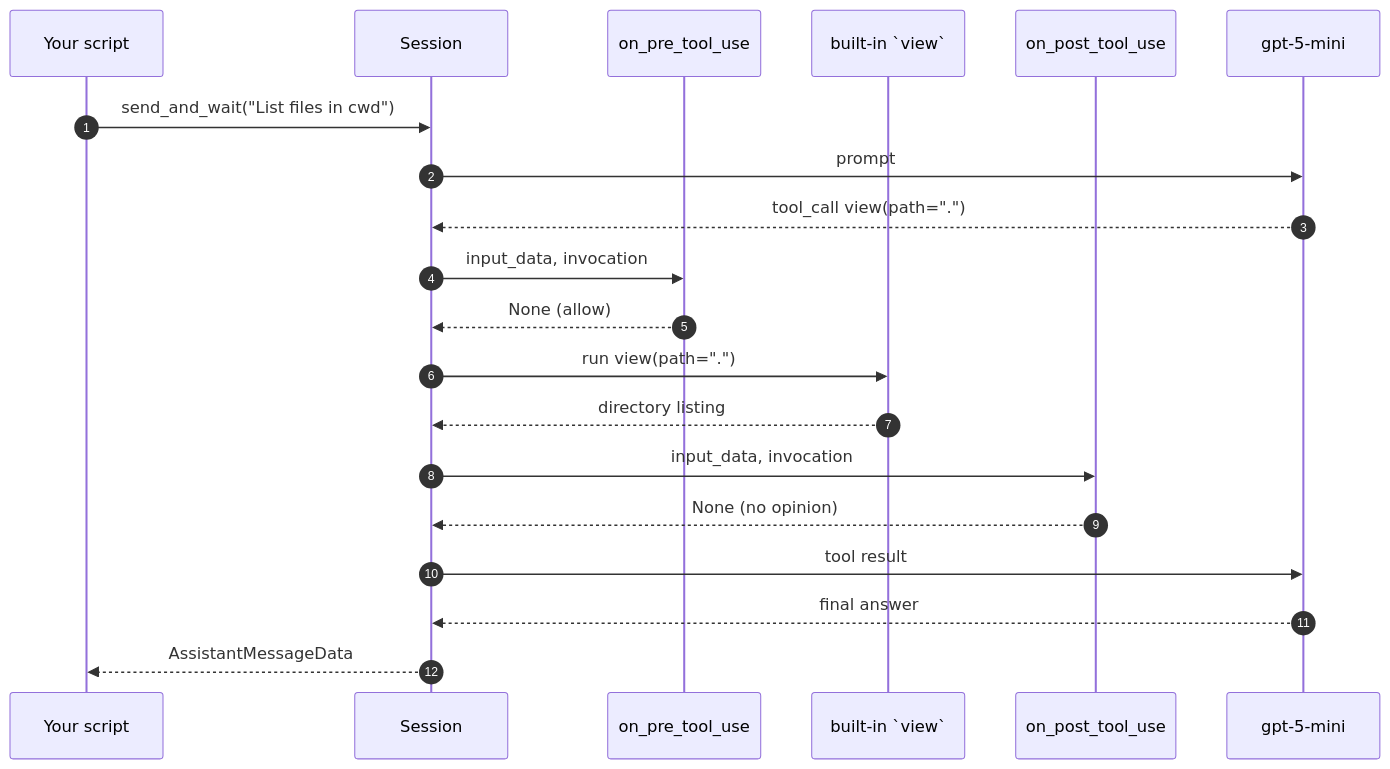
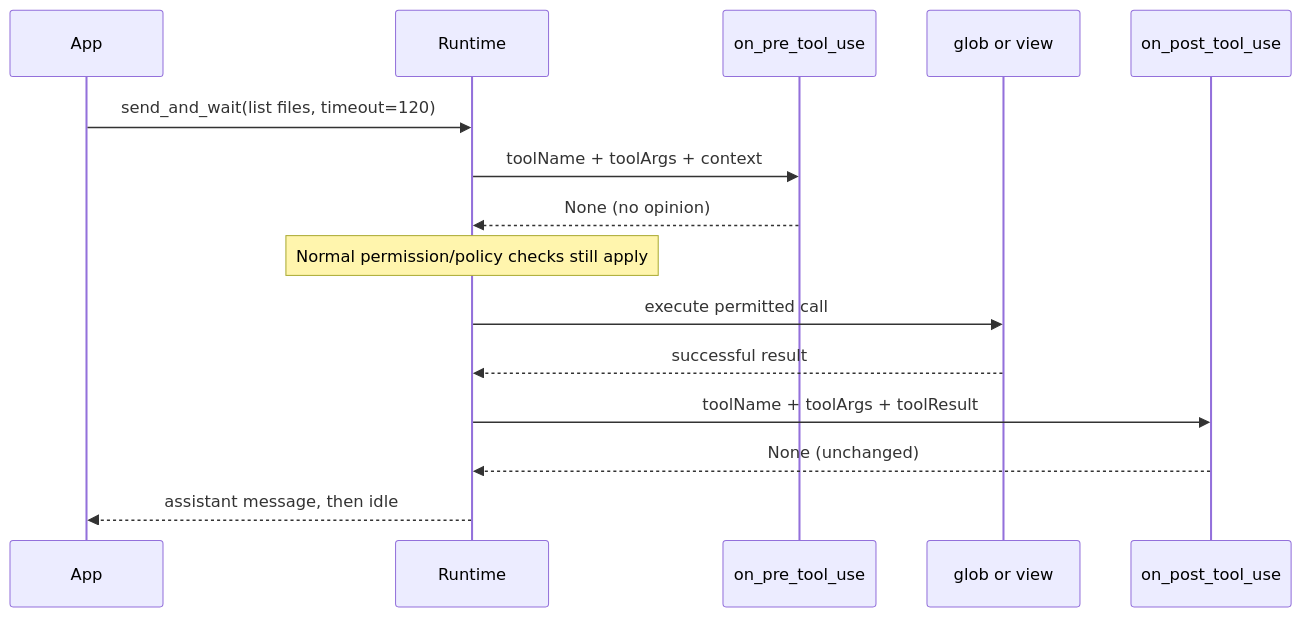
One commit to jeffrey-groneberg/ghcp_sdk changed the diagram in examples/04_hooks.md. Above: the diagram before and after it, drawn with Mermaid. The commit also changed other lines of this file and 23 other files, not shown here.

````diff
--- a/examples/04_hooks.md
+++ b/examples/04_hooks.md
@@ -19,23 +14,17 @@
 ```mermaid
 sequenceDiagram
-    autonumber
-    participant App as Your script
-    participant Session
+    participant App
+    participant Runtime
     participant Pre as on_pre_tool_use
-    participant Tool as built-in `view`
+    participant Tool as glob or view
     participant Post as on_post_tool_use
-    participant Model as gpt-5-mini
-
-    App->>Session: send_and_wait("List files in cwd")
-    Session->>Model: prompt
-    Model-->>Session: tool_call view(path=".")
-    Session->>Pre: input_data, invocation
-    Pre-->>Session: None  (allow)
-    Session->>Tool: run view(path=".")
-    Tool-->>Session: directory listing
-    Session->>Post: input_data, invocation
-    Post-->>Session: None  (no opinion)
-    Session->>Model: tool result
-    Model-->>Session: final answer
-    Session-->>App: AssistantMessageData
+    App->>Runtime: send_and_wait(list files, timeout=120)
+    Runtime->>Pre: toolName + toolArgs + context
+    Pre-->>Runtime: None (no opinion)
+    Note over Runtime: Normal permission/policy checks still apply
+    Runtime->>Tool: execute permitted call
+    Tool-->>Runtime: successful result
+    Runtime->>Post: toolName + toolArgs + toolResult
+    Post-->>Runtime: None (unchanged)
+    Runtime-->>App: assistant message, then idle
 ```
````
